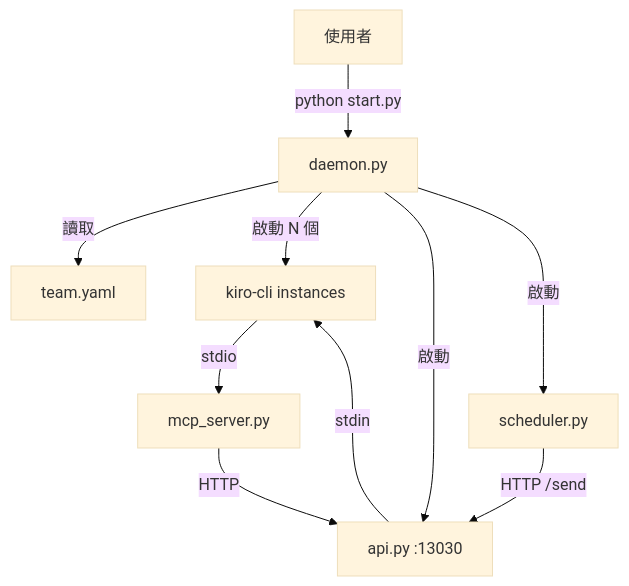
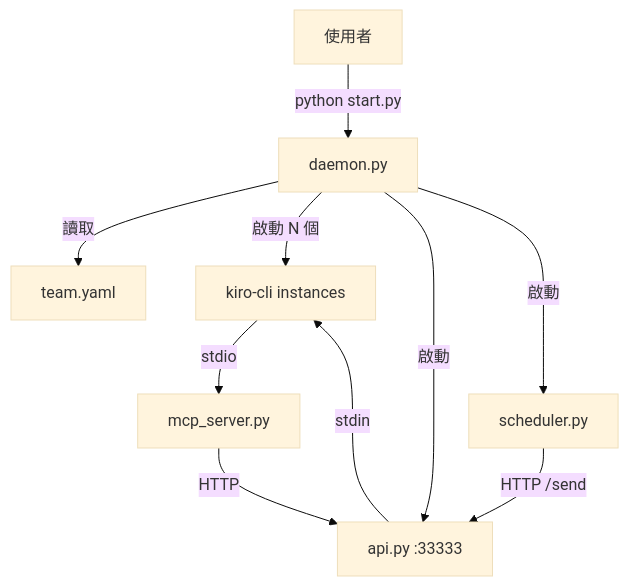
The diagram in skills/ark-agent-team-builder/references/architecture.md (igs-paddyyang-tw/paddy-team-agent), drawn with Mermaid (base theme) before and after one commit. The commit also changed other lines of this file and 11 other files, not shown here.

````diff
--- a/skills/ark-agent-team-builder/references/architecture.md
+++ b/skills/ark-agent-team-builder/references/architecture.md
@@ -5,13 +5,13 @@
 ```mermaid
 graph TB
     U[使用者] -->|python start.py| D[daemon.py]
     D -->|讀取| C[team.yaml]
     D -->|啟動 N 個| K[kiro-cli instances]
-    D -->|啟動| API[api.py :13030]
+    D -->|啟動| API[api.py :33333]
     D -->|啟動| SCH[scheduler.py]
 
     K -->|stdio| MCP[mcp_server.py]
     MCP -->|HTTP| API
     SCH -->|HTTP /send| API
     API -->|stdin| K
 ```
````
